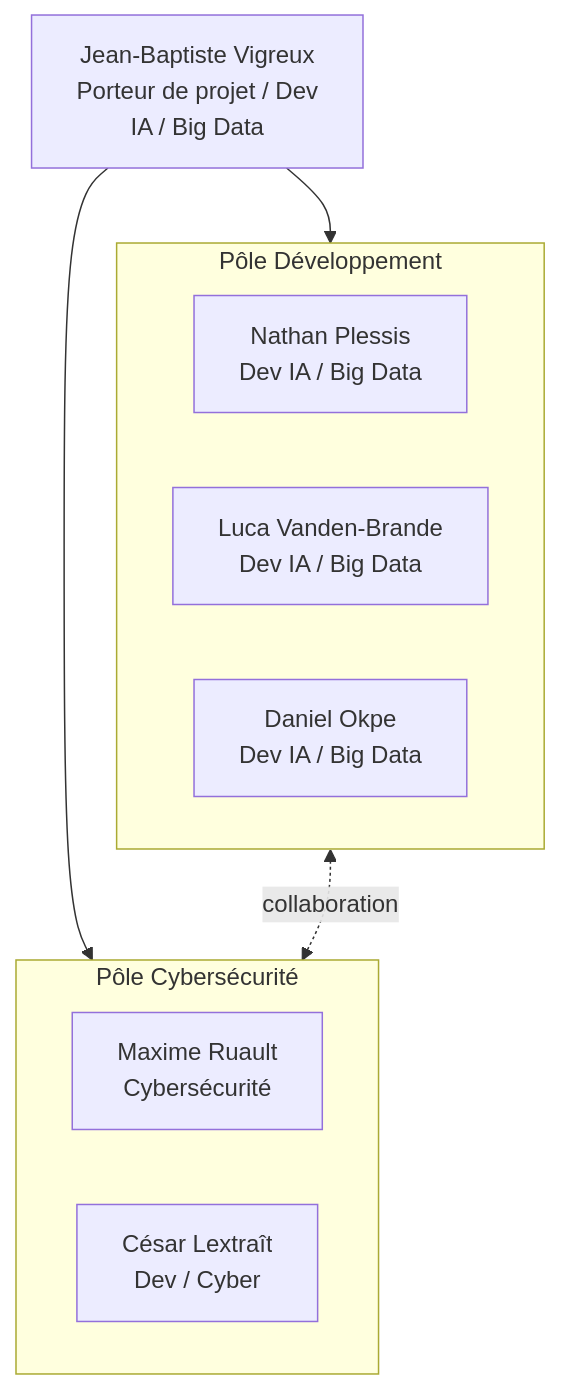
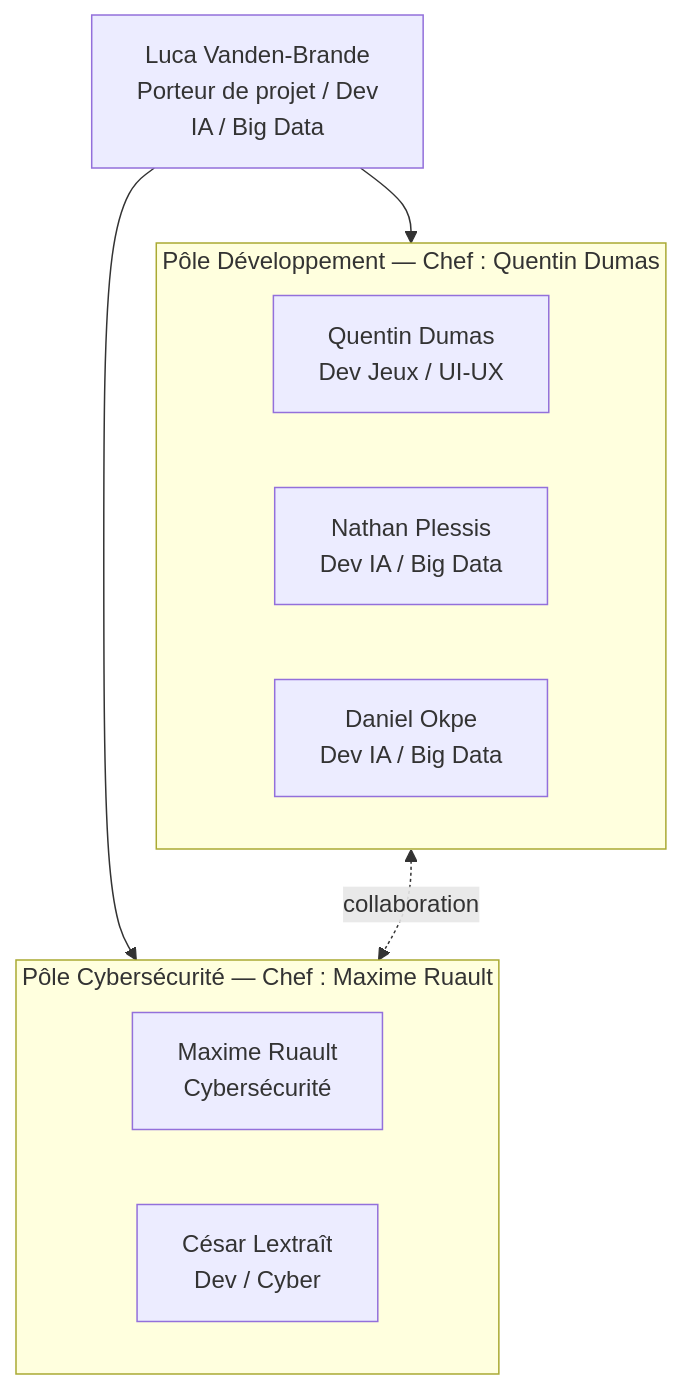
The first of 3 diagrams in 1-document/projet/2-en-cours/structure-organisation/schema-obs.md (lucavdb06/flowlearn), drawn with Mermaid before and after one commit. The commit also changed other lines of this file and 5 other files, not shown here.

````diff
--- a/1-document/projet/2-en-cours/structure-organisation/schema-obs.md
+++ b/1-document/projet/2-en-cours/structure-organisation/schema-obs.md
@@ -83,19 +83,19 @@
 ```mermaid
 flowchart TB
-  JB["Jean-Baptiste Vigreux<br/>Porteur de projet / Dev<br/>IA / Big Data"]
+  LC["Luca Vanden-Brande<br/>Porteur de projet / Dev<br/>IA / Big Data"]
 
-  subgraph dev["Pôle Développement"]
+  subgraph dev["Pôle Développement — Chef : Quentin Dumas"]
+    QD["Quentin Dumas<br/>Dev Jeux / UI-UX"]
     NT["Nathan Plessis<br/>Dev IA / Big Data"]
-    LC["Luca Vanden-Brande<br/>Dev IA / Big Data"]
     DN["Daniel Okpe<br/>Dev IA / Big Data"]
   end
 
-  subgraph cyber["Pôle Cybersécurité"]
+  subgraph cyber["Pôle Cybersécurité — Chef : Maxime Ruault"]
     MX["Maxime Ruault<br/>Cybersécurité"]
     CS["César Lextraît<br/>Dev / Cyber"]
   end
 
-  JB --> dev
-  JB --> cyber
+  LC --> dev
+  LC --> cyber
   dev <-.->|collaboration| cyber
 ```
````
